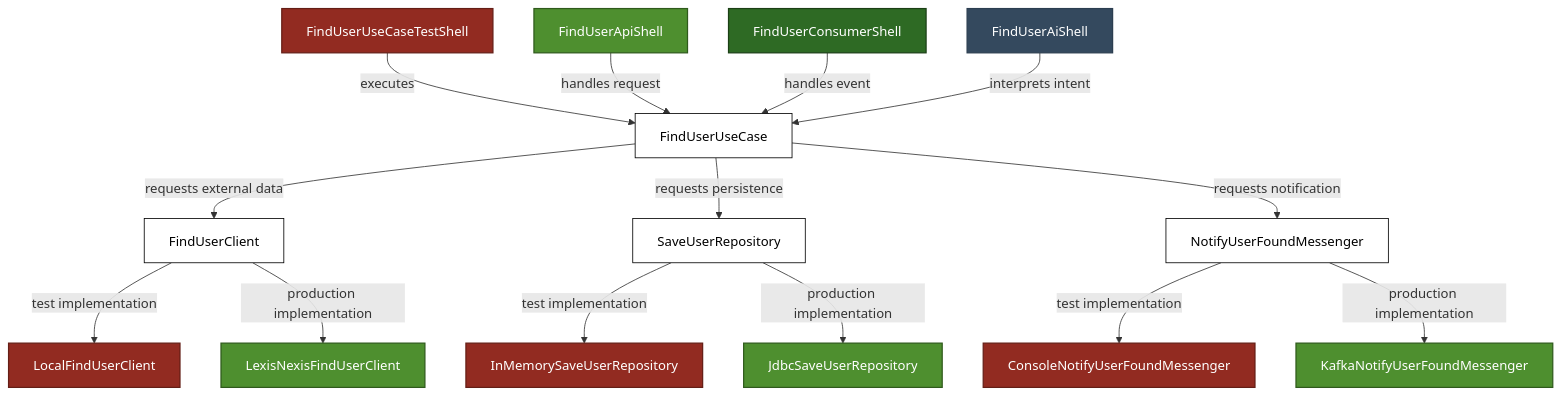
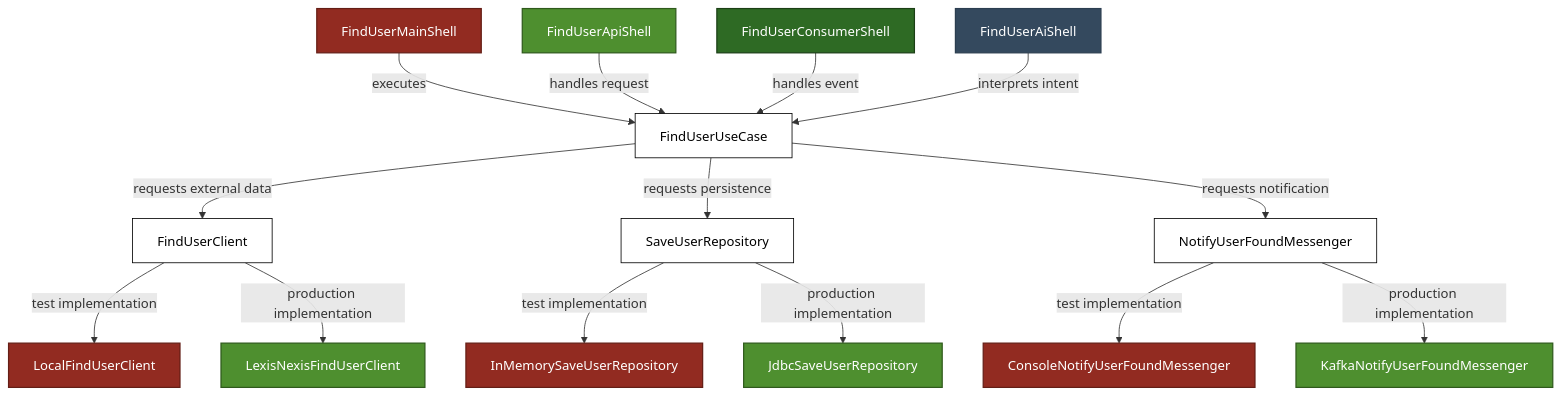
Before and after one commit to hermi-projects/hermi: the diagram in README.md, drawn with Mermaid. The commit also changed other lines of this file, not shown here.

Commit message:
docs: Replace TestShell with MainShell.

````diff
--- a/README.md
+++ b/README.md
@@ -575,43 +561,43 @@
 ```mermaid
 graph TD
-    %% Test Shell
-    A[FindUserUseCaseTestShell] -->|executes| U[FindUserUseCase]
+    %% Main Shell
+    A[FindUserMainShell] -->|executes| U[FindUserUseCase]
 
     %% API Shell
     B[FindUserApiShell] -->|handles request| U
 
     %% Consumer Shell
     C[FindUserConsumerShell] -->|handles event| U
 
     %% AI Shell (New Entry Point)
     D_AI[FindUserAiShell] -->|interprets intent| U
 
     %% Use Case -> Contracts
     U -->|requests external data| D[FindUserClient]
     U -->|requests persistence| E[SaveUserRepository]
     U -->|requests notification| F[NotifyUserFoundMessenger]
 
     %% Test Implementations
     D -->|test implementation| G[LocalFindUserClient]
     E -->|test implementation| H[InMemorySaveUserRepository]
     F -->|test implementation| I[ConsoleNotifyUserFoundMessenger]
 
     %% Production Implementations
     D -->|production implementation| J[LexisNexisFindUserClient]
     E -->|production implementation| K[JdbcSaveUserRepository]
     F -->|production implementation| L[KafkaNotifyUserFoundMessenger]
 
     %% Styling
     classDef test fill:#922B21,color:#FFFFFF,stroke:#641E16,stroke-width:1.5px
     classDef api fill:#4E8F2F,color:#FFFFFF,stroke:#2F5A1C,stroke-width:1.5px
     classDef consumer fill:#2E6A24,color:#FFFFFF,stroke:#1B3F15,stroke-width:1.5px
     classDef ai fill:#34495E,color:#FFFFFF,stroke:#2C3E50,stroke-width:1.5px
     classDef core fill:#FFFFFF,color:#000000,stroke:#000000,stroke-width:1px
 
     %% Assign classes
     class A,G,H,I test
     class B,J,K,L api
     class C consumer
     class D_AI ai
     class U,D,E,F core
 ```
````
